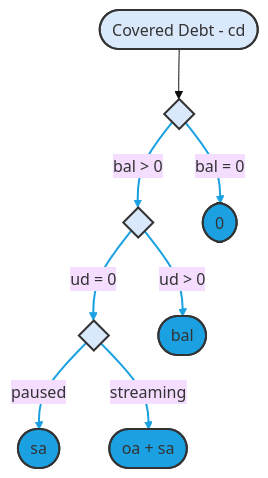
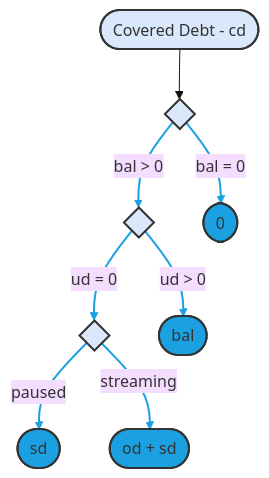
Before and after one commit to sablier-labs/flow: the sixth of 8 diagrams in diagrams.md, drawn with Mermaid (base theme). The commit also changed other lines of this file and 3 other files, not shown here.

Commit message:
docs: update README and diagrams

````diff
--- a/diagrams.md
+++ b/diagrams.md
@@ -195,24 +195,24 @@
 ```mermaid
 flowchart TD
     di0{ }:::blue0
     di1{ }:::blue0
     di2{ }:::blue0
     cd([Covered Debt - cd]):::blue0
     res_0([0 ]):::blue1
     res_bal([bal]):::blue1
-    res_ra([sa]):::blue1
-    res_sum([oa + sa]):::blue1
+    res_sd([sd]):::blue1
+    res_sum([od + sd]):::blue1
 
 
     cd --> di0
     di0 -- "bal = 0" --> res_0
     di0 -- "bal > 0" --> di1
     di1 -- "ud > 0" --> res_bal
     di1 -- "ud = 0" --> di2
-    di2 -- "paused" --> res_ra
+    di2 -- "paused" --> res_sd
     di2 -- "streaming" --> res_sum
 
     classDef blue0 fill:#DAE8FC,stroke:#333,stroke-width:2px;
     classDef blue1 fill:#1BA1E2,stroke:#333,stroke-width:2px;
     linkStyle 1,2,3,4,5,6 stroke:#1BA1E2,stroke-width:2px
 ```
````
